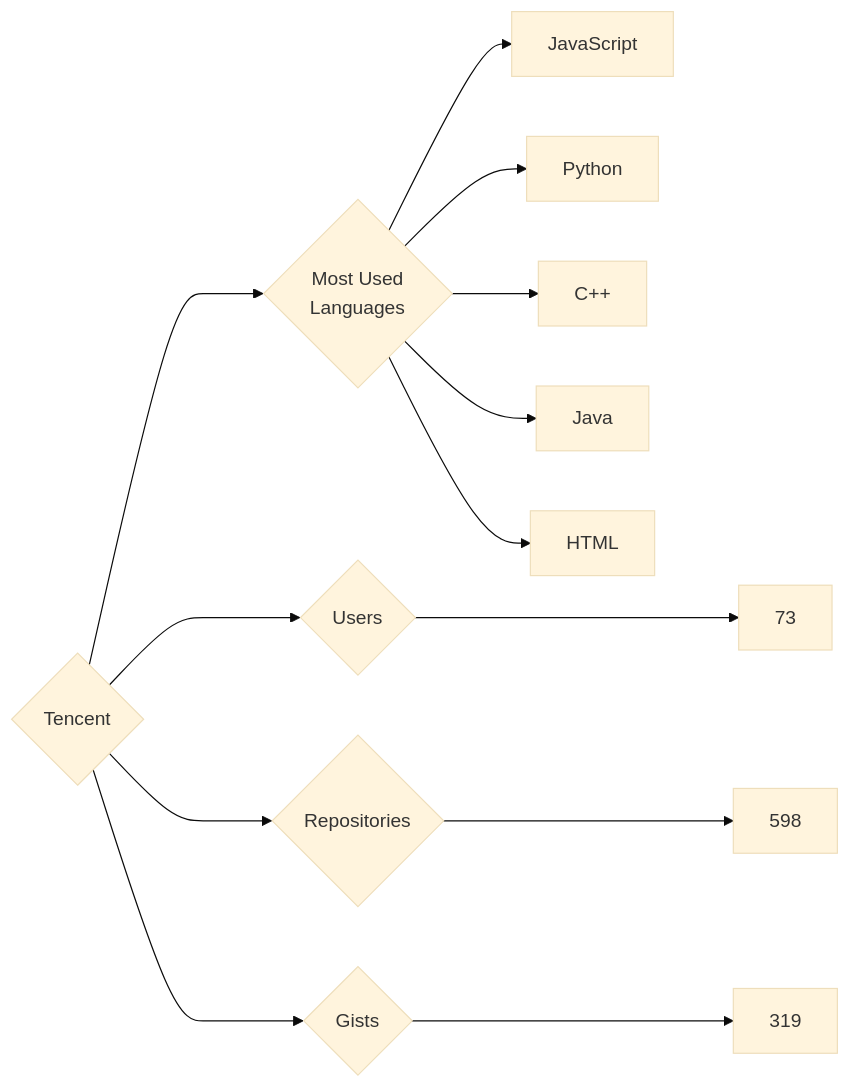
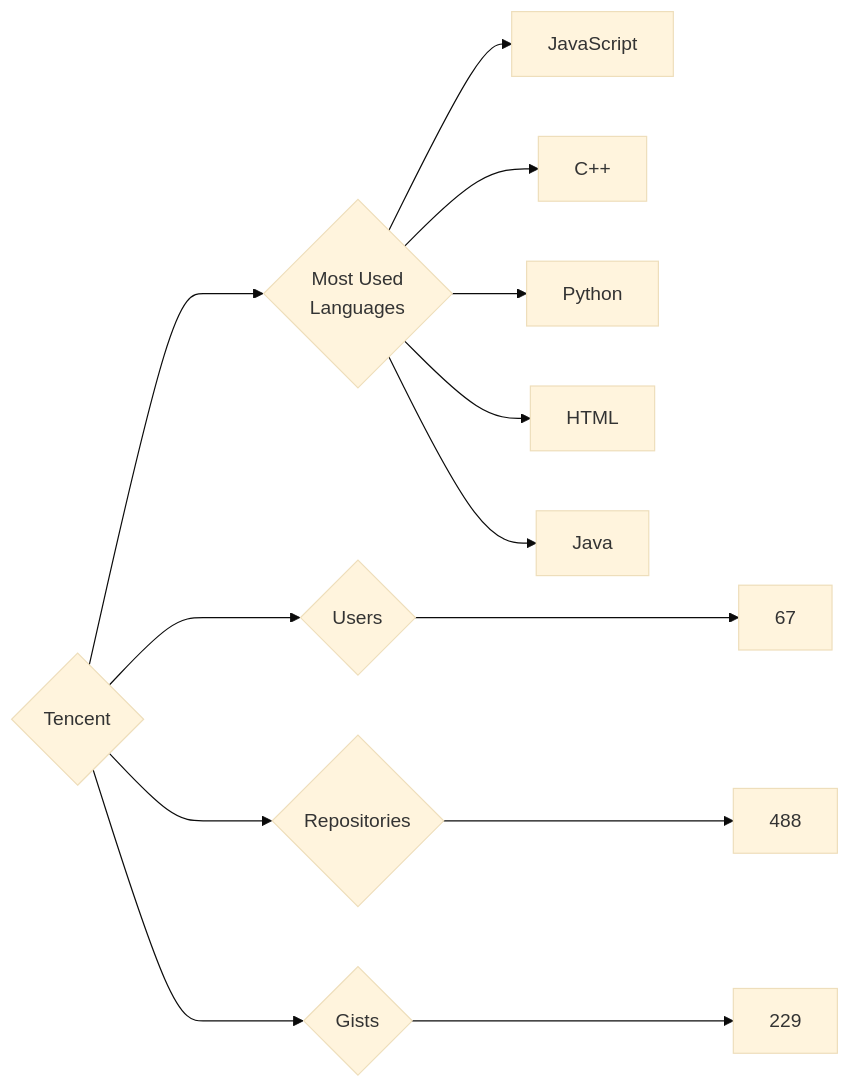
Before and after one commit to trickest/insiders: the diagram in targets/Tencent/README.md, drawn with Mermaid (base theme). The commit also changed 794 other files, not shown here.

````diff
--- a/targets/Tencent/README.md
+++ b/targets/Tencent/README.md
@@ -3,13 +3,13 @@
 ```mermaid
 graph LR
 COMPANY_NAME{Tencent}
-COMPANY_NAME ---> U{Users} ---> UN[73]
-COMPANY_NAME ---> R{Repositories} ---> RN[598]
-COMPANY_NAME ---> G{Gists} ---> GN[319]
+COMPANY_NAME ---> U{Users} ---> UN[67]
+COMPANY_NAME ---> R{Repositories} ---> RN[488]
+COMPANY_NAME ---> G{Gists} ---> GN[229]
 COMPANY_NAME ---> ML{Most Used<br>Languages}
 ML --> JavaScript[JavaScript]
+ML --> C++[C++]
 ML --> Python[Python]
-ML --> C++[C++]
+ML --> HTML[HTML]
 ML --> Java[Java]
-ML --> HTML[HTML]
 ```
````
